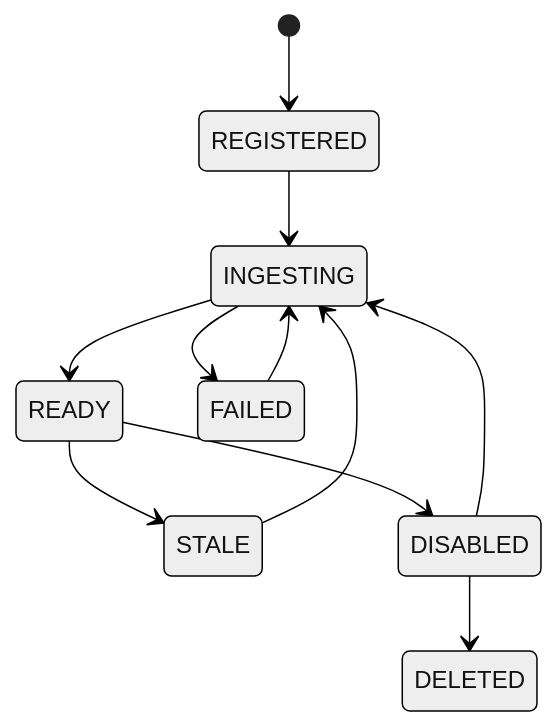
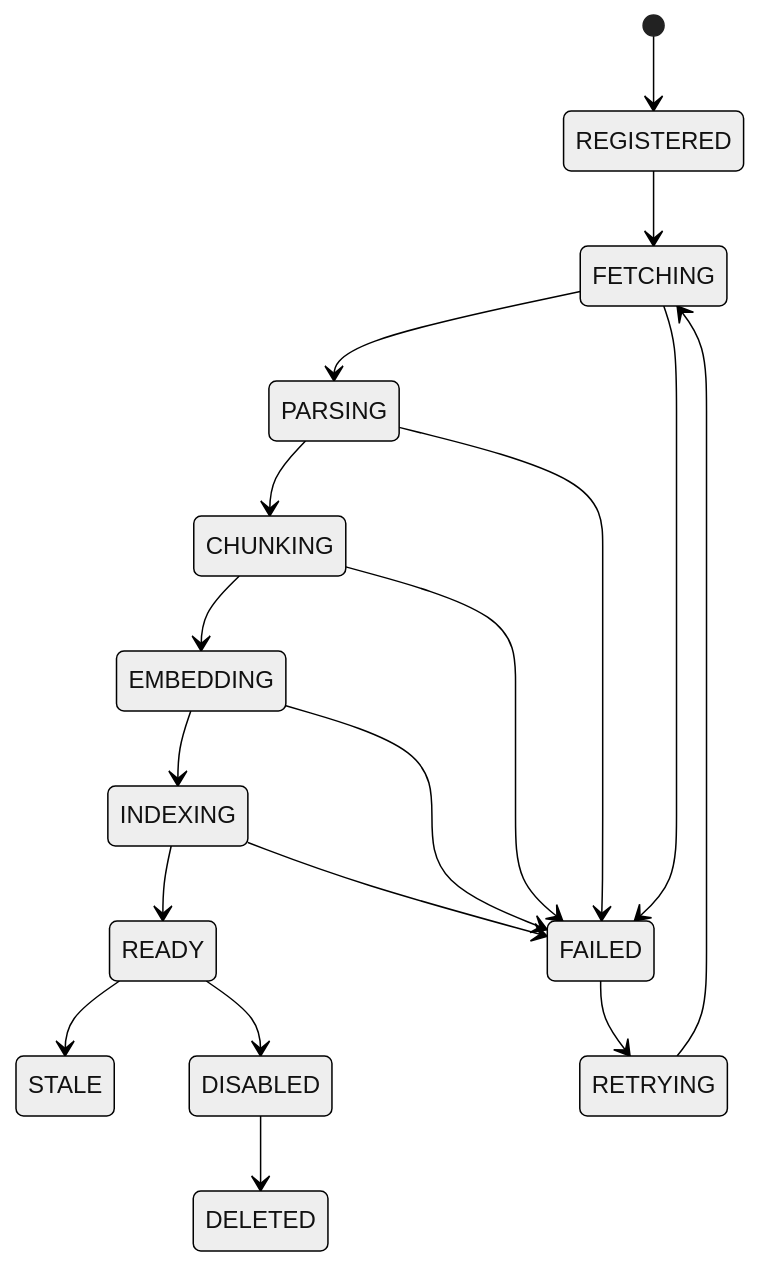
Before and after one commit to D-engahmed/OMILINKS: the second of 4 diagrams in docs/domain/knowledge.md, drawn with Mermaid (neutral theme). The commit also changed other lines of this file and 2 other files, not shown here.

````diff
--- a/docs/domain/knowledge.md
+++ b/docs/domain/knowledge.md
@@ -37,13 +45,20 @@
-```mermaid
+~~~mermaid
 stateDiagram-v2
     [*] --> REGISTERED
-    REGISTERED --> INGESTING
-    INGESTING --> READY
-    INGESTING --> FAILED
-    FAILED --> INGESTING
+    REGISTERED --> FETCHING
+    FETCHING --> PARSING
+    PARSING --> CHUNKING
+    CHUNKING --> EMBEDDING
+    EMBEDDING --> INDEXING
+    INDEXING --> READY
+    FETCHING --> FAILED
+    PARSING --> FAILED
+    CHUNKING --> FAILED
+    EMBEDDING --> FAILED
+    INDEXING --> FAILED
+    FAILED --> RETRYING
+    RETRYING --> FETCHING
     READY --> STALE
-    STALE --> INGESTING
     READY --> DISABLED
-    DISABLED --> INGESTING
     DISABLED --> DELETED
-```
+~~~
````
